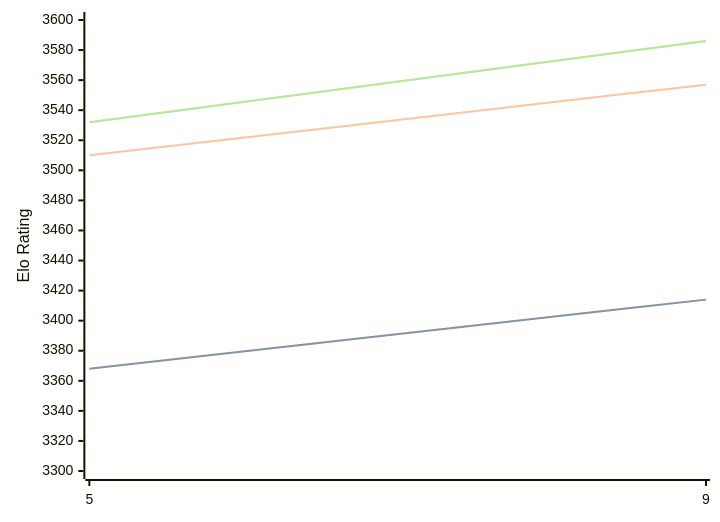
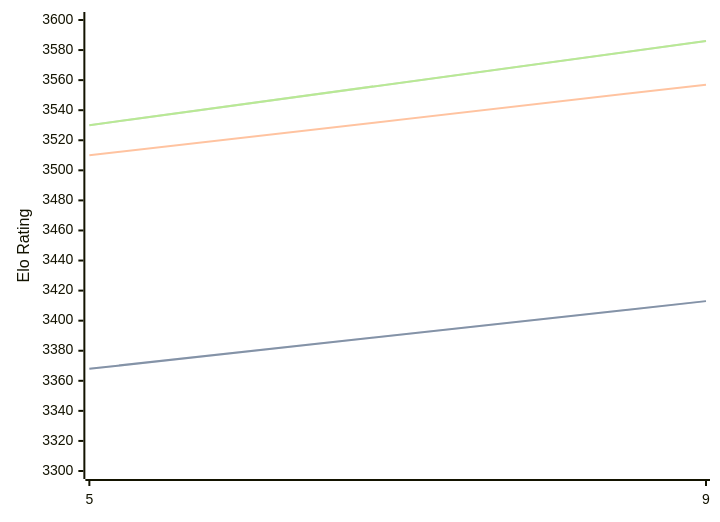
Before and after one commit to computer-chess-index/cci: the diagram in engines/Crystal.md, drawn with Mermaid. The commit also changed other lines of this file, not shown here.

Commit message:
Update CCI Ratings (ELO VLTC) - 2026-07-27

````diff
--- a/engines/Crystal.md
+++ b/engines/Crystal.md
@@ -60,11 +60,11 @@
 ```mermaid
 %%{init: {"theme":"base","themeVariables":{"seriesColors:['#a3a3a3','#222221','#faa371']}}}%%
 xychart-beta
   x-axis ["5", "9"]
   y-axis "Elo Rating" 3300 --> 3600
-  line "STC (8.0+0.08s)" [3368, 3414]
-  line "STC (8.0+0.08s)" [3368, 3414]
+  line "STC (8.0+0.08s)" [3368, 3413]
+  line "STC (8.0+0.08s)" [3368, 3413]
   line "LTC (60.0+0.60s)" [3510, 3557]
-  line "VLTC (2m24s+1.12s)" [3532, 3586]
-  line "VLTC (2m24s+1.12s)" [3532, 3586]
+  line "VLTC (2m24s+1.12s)" [3530, 3586]
+  line "VLTC (2m24s+1.12s)" [3530, 3586]
 ```
````
